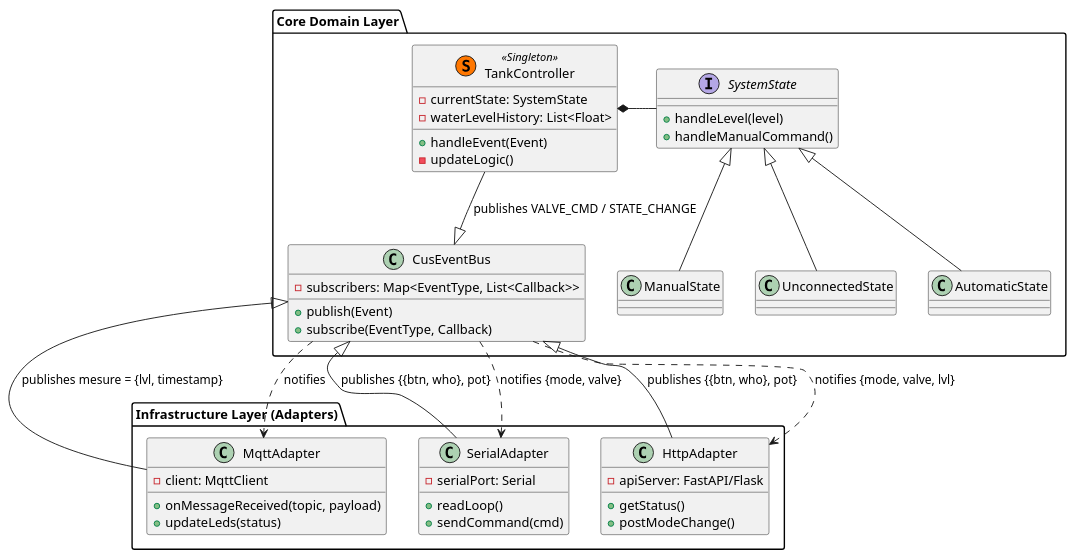
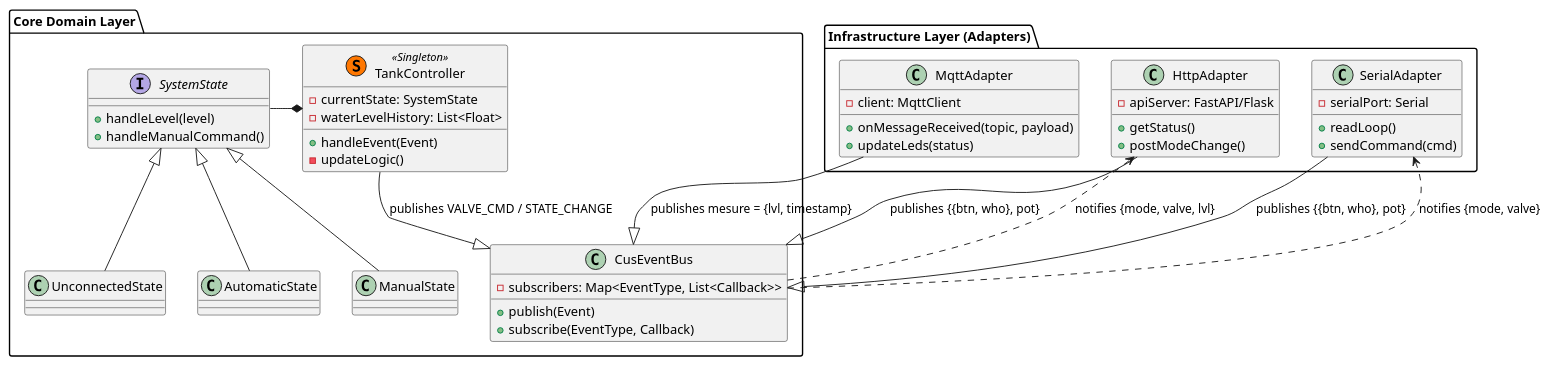
The diagram in assignment-03/cus/uml.puml (GreppiFilippo/Assignment3-IOT), drawn with PlantUML before and after one commit. The commit also changed 4 other files, not shown here.

```diff
--- a/assignment-03/cus/uml.puml
+++ b/assignment-03/cus/uml.puml
@@ -1,62 +1,61 @@
 @startuml cus
 skinparam componentStyle uml2
 
 package "Infrastructure Layer (Adapters)" {
     class MqttAdapter {
         - client: MqttClient
         + onMessageReceived(topic, payload)
         + updateLeds(status)
     }
 
     class SerialAdapter {
         - serialPort: Serial
         + readLoop()
         + sendCommand(cmd)
     }
 
     class HttpAdapter {
         - apiServer: FastAPI/Flask
         + getStatus()
         + postModeChange()
     }
 }
 
 package "Core Domain Layer" {
     class CusEventBus {
         - subscribers: Map<EventType, List<Callback>>
         + publish(Event)
         + subscribe(EventType, Callback)
     }
 
     class TankController <<(S, #FF7700) Singleton>> {
         - currentState: SystemState
         - waterLevelHistory: List<Float>
         + handleEvent(Event)
         - updateLogic()
     }
 
     interface SystemState {
         + handleLevel(level)
         + handleManualCommand()
     }
 
     class AutomaticState
     class ManualState
     class UnconnectedState
 }
 
 ' Relations
 MqttAdapter --|> CusEventBus : "publishes mesure = {lvl, timestamp}"
 SerialAdapter --|> CusEventBus : "publishes {{btn, who}, pot}"
 HttpAdapter --|> CusEventBus : "publishes {{btn, who}, pot}"
 
 TankController *-right- SystemState
 SystemState <|-- AutomaticState
 SystemState <|-- ManualState
 SystemState <|-- UnconnectedState
 
 TankController --|> CusEventBus : "publishes VALVE_CMD / STATE_CHANGE"
 CusEventBus ..> SerialAdapter : "notifies {mode, valve}"
 CusEventBus ..> HttpAdapter : "notifies {mode, valve, lvl}"
-CusEventBus ..> MqttAdapter : "notifies"
 @enduml
```
